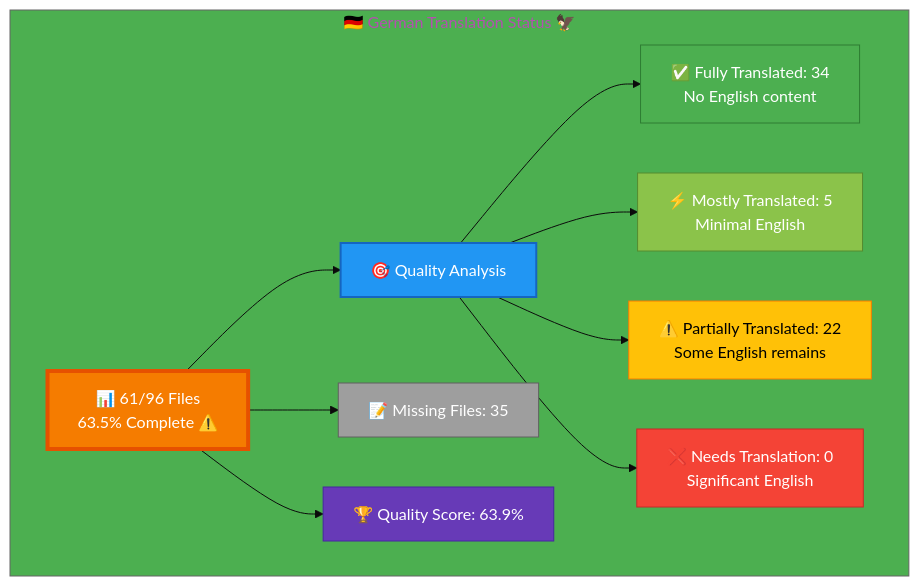
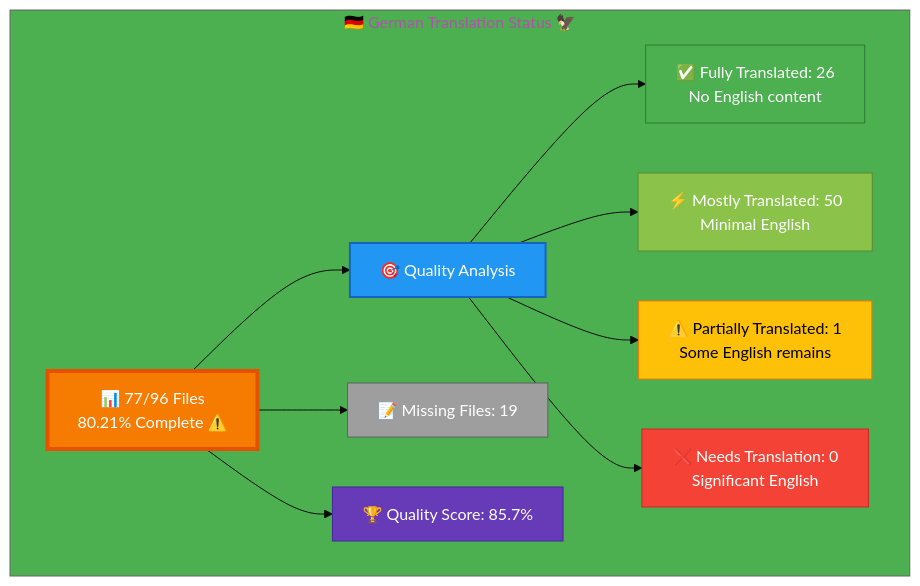
One commit to Hack23/homepage changed the diagram in German-Translation-Status.md. Above: the diagram before and after it, drawn with Mermaid. The commit also changed other lines of this file and 2 other files, not shown here.

````diff
--- a/German-Translation-Status.md
+++ b/German-Translation-Status.md
@@ -30,26 +12,26 @@
 ```mermaid
 %%{init: {'theme':'base', 'themeVariables': {'primaryColor':'#F57C00','secondaryColor':'#2196F3','tertiaryColor':'#4CAF50','fontSize':'16px'}}}%%
 graph TB
     subgraph "🇩🇪 German Translation Status 🦅"
-        A["📊 61/96 Files<br/>63.5% Complete ⚠️"]
+        A["📊 77/96 Files<br/>80.21% Complete ⚠️ "]
         
         A --> B["🎯 Quality Analysis"]
-        B --> C["✅ Fully Translated: 34<br/>No English content"]
-        B --> D["⚡ Mostly Translated: 5<br/>Minimal English"]
-        B --> E["⚠️  Partially Translated: 22<br/>Some English remains"]
+        B --> C["✅ Fully Translated: 26<br/>No English content"]
+        B --> D["⚡ Mostly Translated: 50<br/>Minimal English"]
+        B --> E["⚠️  Partially Translated: 1<br/>Some English remains"]
         B --> F["❌ Needs Translation: 0<br/>Significant English"]
         
-        A --> G["📝 Missing Files: 35"]
+        A --> G["📝 Missing Files: 19"]
         
-        A --> H["🏆 Quality Score: 63.9%"]
+        A --> H["🏆 Quality Score: 85.7%"]
         
         style A fill:#F57C00,stroke:#E65100,color:#fff,stroke-width:4px
         style B fill:#2196F3,stroke:#1565C0,color:#fff,stroke-width:2px
         style C fill:#4CAF50,stroke:#2E7D32,color:#fff
         style D fill:#8BC34A,stroke:#558B2F,color:#fff
         style E fill:#FFC107,stroke:#F57C00,color:#000
         style F fill:#F44336,stroke:#C62828,color:#fff
         style G fill:#9E9E9E,stroke:#616161,color:#fff
         style H fill:#673AB7,stroke:#4527A0,color:#fff
     end
 ```
````
